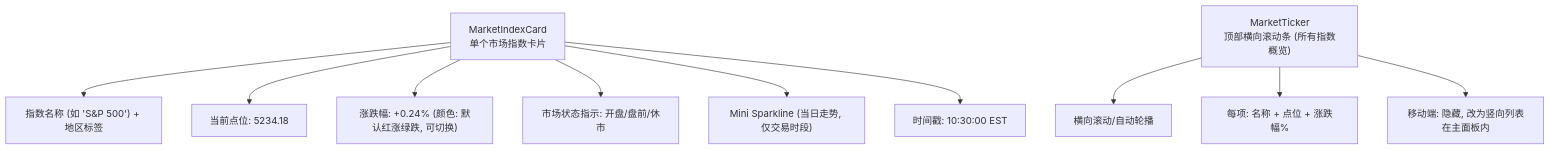
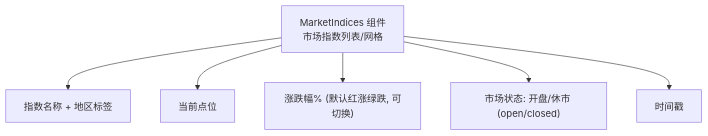
The third of 6 diagrams in docs/design/finance-tab.md (onceme/instantboard), drawn with Mermaid before and after one commit. The commit also changed other lines of this file and 14 other files, not shown here.

````diff
--- a/docs/design/finance-tab.md
+++ b/docs/design/finance-tab.md
@@ -235,15 +163,9 @@
 ```mermaid
 graph TD
-    MIC["MarketIndexCard<br/>单个市场指数卡片"]
-    MIC --> IN["指数名称 (如 'S&P 500') + 地区标签"]
-    MIC --> CP["当前点位: 5234.18"]
-    MIC --> CF["涨跌幅: +0.24% (颜色: 默认红涨绿跌, 可切换)"]
-    MIC --> MS2["市场状态指示: 开盘/盘前/休市"]
-    MIC --> SP2["Mini Sparkline (当日走势, 仅交易时段)"]
-    MIC --> TS2["时间戳: 10:30:00 EST"]
-
-    MT["MarketTicker<br/>顶部横向滚动条 (所有指数概览)"]
-    MT --> Scroll["横向滚动/自动轮播"]
-    MT --> Item["每项: 名称 + 点位 + 涨跌幅%"]
-    MT --> Mobile["移动端: 隐藏, 改为竖向列表在主面板内"]
+    MIC["MarketIndices 组件<br/>市场指数列表/网格"]
+    MIC --> IN["指数名称 + 地区标签"]
+    MIC --> CP["当前点位"]
+    MIC --> CF["涨跌幅% (默认红涨绿跌, 可切换)"]
+    MIC --> MS2["市场状态: 开盘/休市 (open/closed)"]
+    MIC --> TS2["时间戳"]
 ```
````
